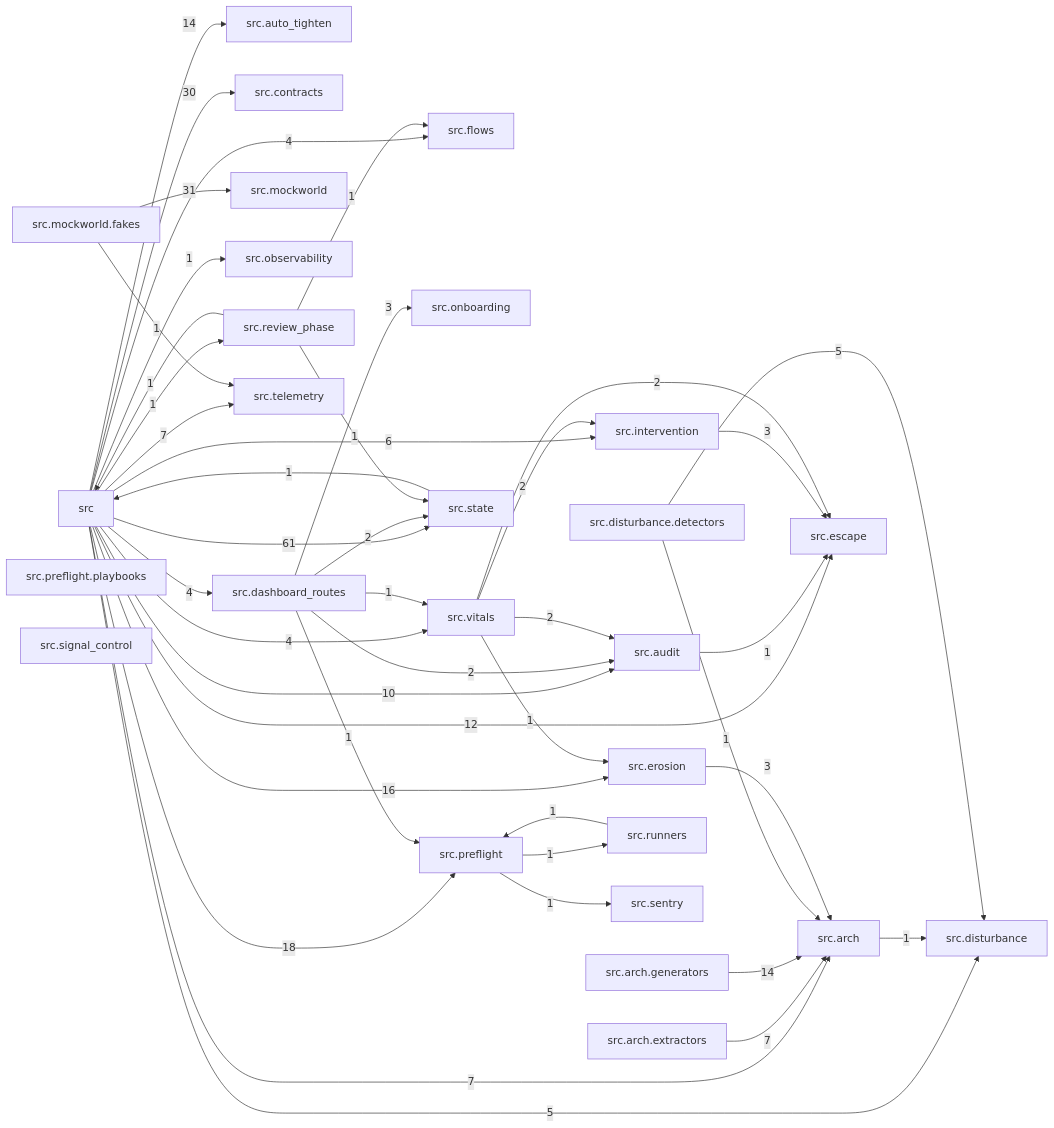
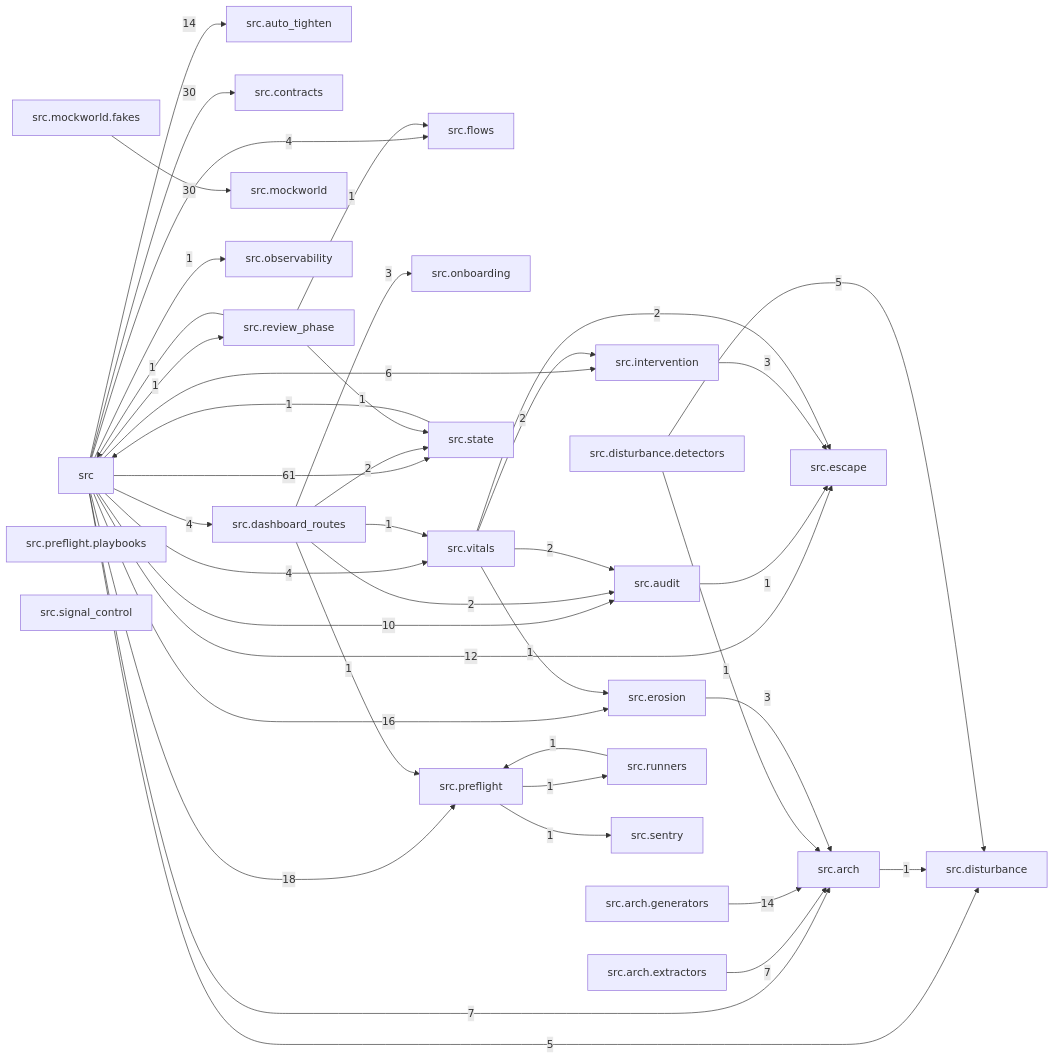
One commit to T-rav/hydraflow changed the diagram in docs/arch/generated/modules.md. Above: the diagram before and after it, drawn with Mermaid. The commit also changed 55 other files, not shown here.

````diff
--- a/docs/arch/generated/modules.md
+++ b/docs/arch/generated/modules.md
@@ -7,72 +7,69 @@
 ```mermaid
 graph LR
     src["src"]
     src_arch["src.arch"]
     src_arch_extractors["src.arch.extractors"]
     src_arch_generators["src.arch.generators"]
     src_audit["src.audit"]
     src_auto_tighten["src.auto_tighten"]
     src_contracts["src.contracts"]
     src_dashboard_routes["src.dashboard_routes"]
     src_disturbance["src.disturbance"]
     src_disturbance_detectors["src.disturbance.detectors"]
     src_erosion["src.erosion"]
     src_escape["src.escape"]
     src_flows["src.flows"]
     src_intervention["src.intervention"]
     src_mockworld["src.mockworld"]
     src_mockworld_fakes["src.mockworld.fakes"]
     src_observability["src.observability"]
     src_onboarding["src.onboarding"]
     src_preflight["src.preflight"]
     src_preflight_playbooks["src.preflight.playbooks"]
     src_review_phase["src.review_phase"]
     src_runners["src.runners"]
     src_sentry["src.sentry"]
     src_signal_control["src.signal_control"]
     src_state["src.state"]
-    src_telemetry["src.telemetry"]
     src_vitals["src.vitals"]
     src -- "7" --> src_arch
     src -- "10" --> src_audit
     src -- "14" --> src_auto_tighten
     src -- "30" --> src_contracts
     src -- "4" --> src_dashboard_routes
     src -- "5" --> src_disturbance
     src -- "16" --> src_erosion
     src -- "12" --> src_escape
     src -- "4" --> src_flows
     src -- "6" --> src_intervention
     src -- "1" --> src_observability
     src -- "18" --> src_preflight
     src -- "1" --> src_review_phase
     src -- "61" --> src_state
-    src -- "7" --> src_telemetry
     src -- "4" --> src_vitals
     src_arch -- "1" --> src_disturbance
     src_arch_extractors -- "7" --> src_arch
     src_arch_generators -- "14" --> src_arch
     src_audit -- "1" --> src_escape
     src_dashboard_routes -- "2" --> src_audit
     src_dashboard_routes -- "3" --> src_onboarding
     src_dashboard_routes -- "1" --> src_preflight
     src_dashboard_routes -- "2" --> src_state
     src_dashboard_routes -- "1" --> src_vitals
     src_disturbance_detectors -- "1" --> src_arch
     src_disturbance_detectors -- "5" --> src_disturbance
     src_erosion -- "3" --> src_arch
     src_intervention -- "3" --> src_escape
-    src_mockworld_fakes -- "31" --> src_mockworld
-    src_mockworld_fakes -- "1" --> src_telemetry
+    src_mockworld_fakes -- "30" --> src_mockworld
     src_preflight -- "1" --> src_runners
     src_preflight -- "1" --> src_sentry
     src_review_phase -- "1" --> src
     src_review_phase -- "1" --> src_flows
     src_review_phase -- "1" --> src_state
     src_runners -- "1" --> src_preflight
     src_state -- "1" --> src
     src_vitals -- "2" --> src_audit
     src_vitals -- "1" --> src_erosion
     src_vitals -- "2" --> src_escape
     src_vitals -- "2" --> src_intervention
 ```
````
